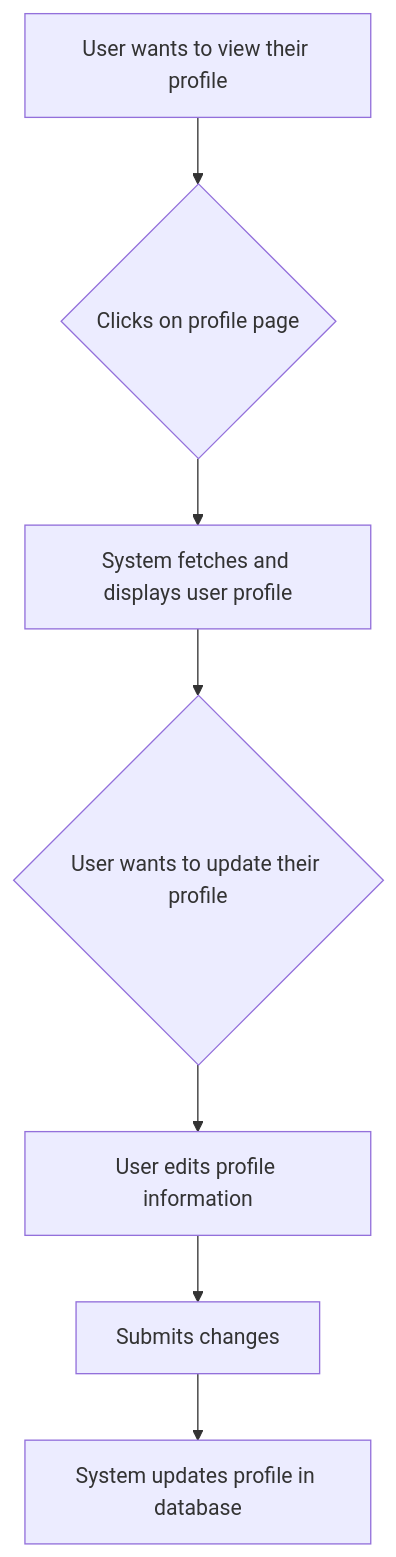
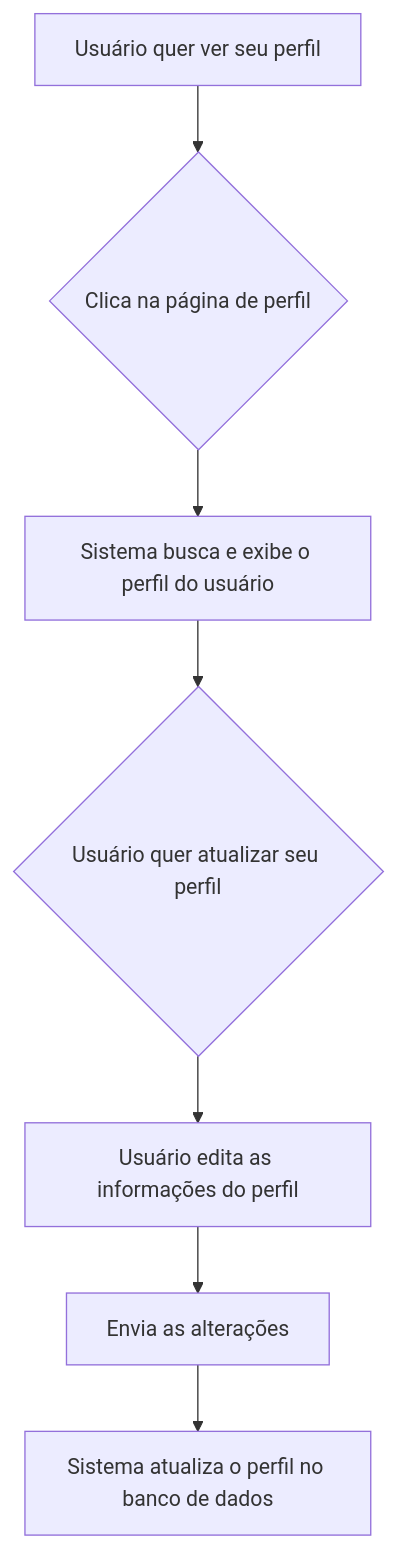
Diagram 12 of 16 in docs/diagrams.md (Thiagoldo/pos-unifametro-backend), drawn with Mermaid before and after one commit. The commit also changed other lines of this file, not shown here.

Commit message:
docs: translate diagrams.md to portuguese

````diff
--- a/docs/diagrams.md
+++ b/docs/diagrams.md
@@ -211,9 +211,9 @@
 ```mermaid
 graph TD
-    A[User wants to view their profile] --> B{Clicks on profile page};
-    B --> C[System fetches and displays user profile];
-    C --> D{User wants to update their profile};
-    D --> E[User edits profile information];
-    E --> F[Submits changes];
-    F --> G[System updates profile in database];
+    A[Usuário quer ver seu perfil] --> B{Clica na página de perfil};
+    B --> C[Sistema busca e exibe o perfil do usuário];
+    C --> D{Usuário quer atualizar seu perfil};
+    D --> E[Usuário edita as informações do perfil];
+    E --> F[Envia as alterações];
+    F --> G[Sistema atualiza o perfil no banco de dados];
 ```
````
